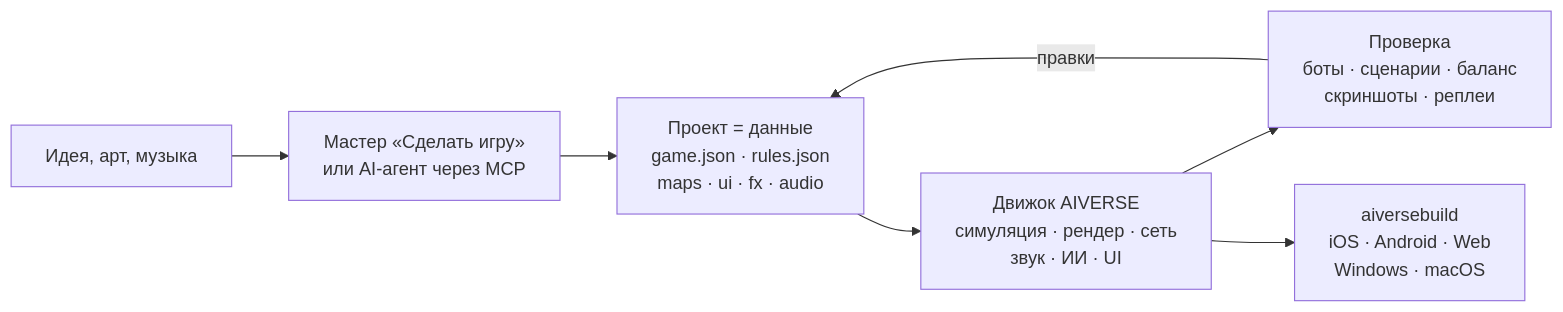
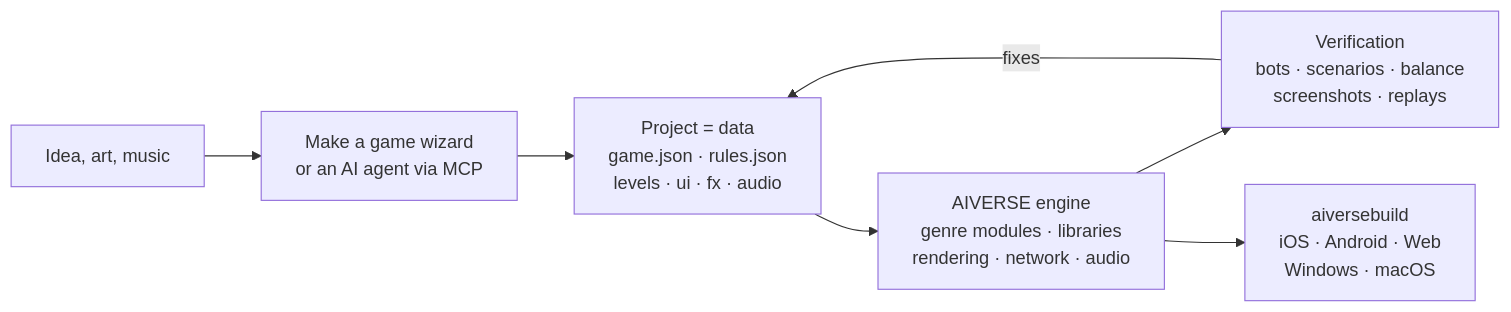
Before and after one commit to chromealex/AIVERSE: the diagram in README.md, drawn with Mermaid. The commit also changed other lines of this file and 12 other files, not shown here.

First line of the commit message:
README in 9 languages, English by default; any-genre positioning; README rules for agents

````diff
--- a/README.md
+++ b/README.md
@@ -68,9 +96,9 @@
 ```mermaid
 flowchart LR
-    A["Идея, арт, музыка"] --> B["Мастер «Сделать игру»<br/>или AI-агент через MCP"]
-    B --> C["Проект = данные<br/>game.json · rules.json<br/>maps · ui · fx · audio"]
-    C --> D["Движок AIVERSE<br/>симуляция · рендер · сеть<br/>звук · ИИ · UI"]
-    D --> E["Проверка<br/>боты · сценарии · баланс<br/>скриншоты · реплеи"]
-    E -- "правки" --> C
+    A["Idea, art, music"] --> B["Make a game wizard<br/>or an AI agent via MCP"]
+    B --> C["Project = data<br/>game.json · rules.json<br/>levels · ui · fx · audio"]
+    C --> D["AIVERSE engine<br/>genre modules · libraries<br/>rendering · network · audio"]
+    D --> E["Verification<br/>bots · scenarios · balance<br/>screenshots · replays"]
+    E -- "fixes" --> C
     D --> F["aiversebuild<br/>iOS · Android · Web<br/>Windows · macOS"]
 ```
````
